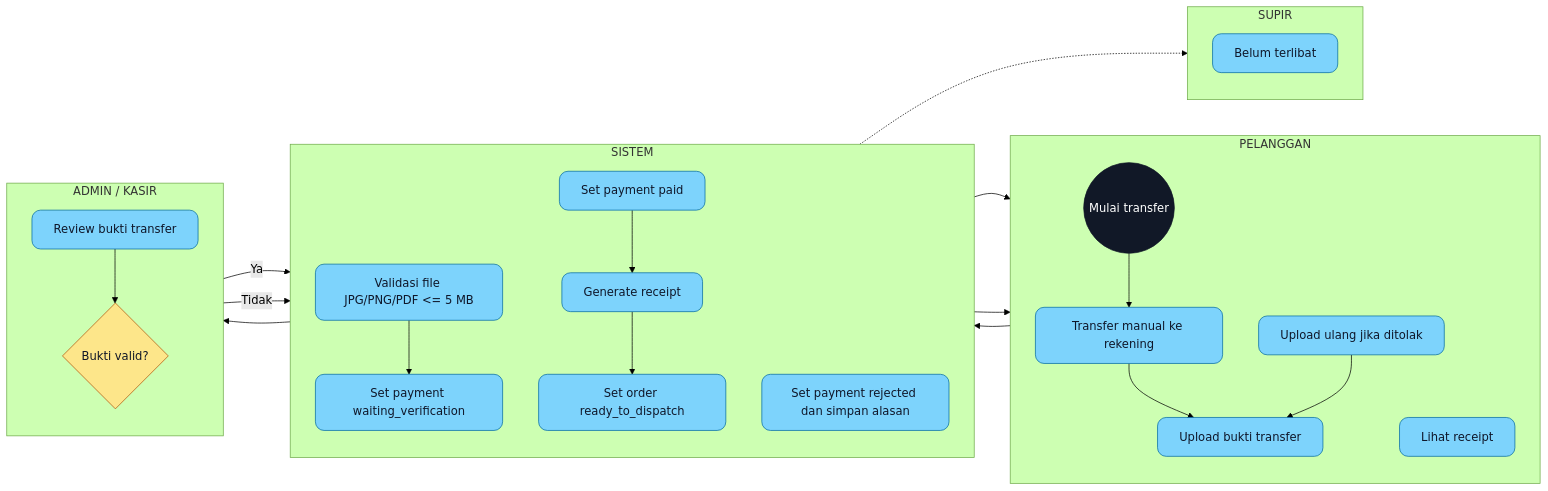
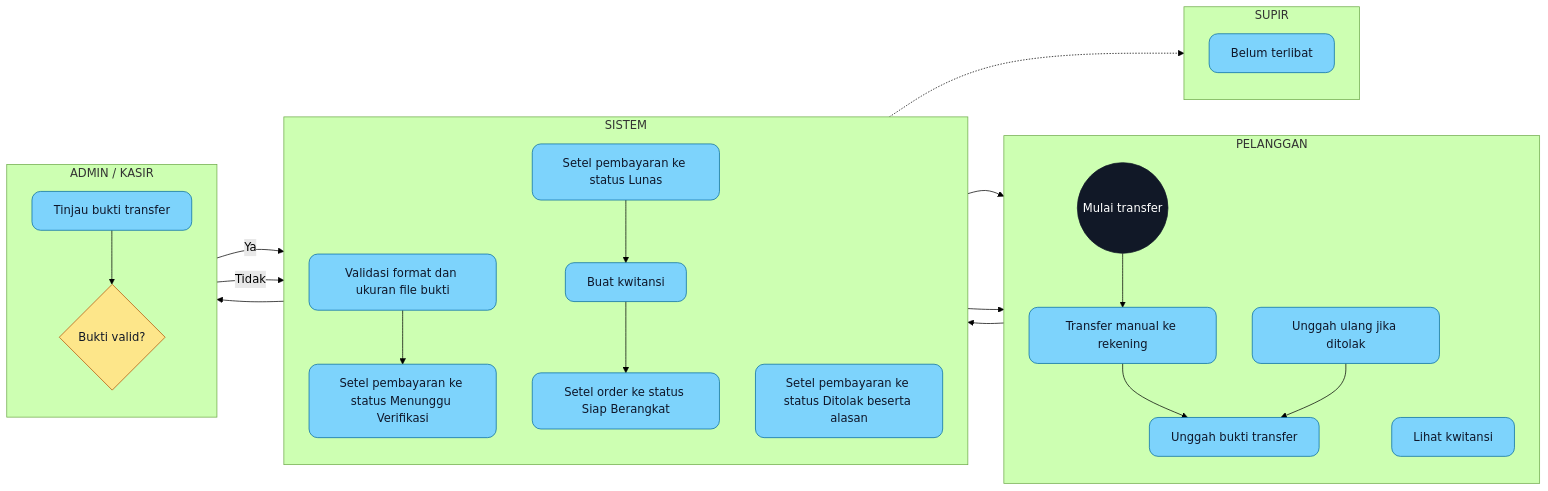
Diagram 13 of 15 in docs/UML_MERMAID.md (nabiilnuryassar/rent-car), drawn with Mermaid (forest theme) before and after one commit. The commit also changed other lines of this file, not shown here.

Commit message:
update docs uml

````diff
--- a/docs/UML_MERMAID.md
+++ b/docs/UML_MERMAID.md
@@ -540,41 +531,41 @@
 ```mermaid
 flowchart LR
     classDef action fill:#7dd3fc,color:#0f172a,stroke:#0369a1,rx:12
     classDef decision fill:#fde68a,color:#111827,stroke:#b45309,rx:8
     classDef startend fill:#111827,color:#ffffff,stroke:#111827,rx:20
 
     subgraph PELANGGAN["PELANGGAN"]
         direction TB
         A0((Mulai transfer)):::startend
         A1[Transfer manual ke rekening]:::action
-        A2[Upload bukti transfer]:::action
-        A3[Upload ulang jika ditolak]:::action
-        A4[Lihat receipt]:::action
+        A2[Unggah bukti transfer]:::action
+        A3[Unggah ulang jika ditolak]:::action
+        A4[Lihat kwitansi]:::action
     end
 
     subgraph SISTEM["SISTEM"]
         direction TB
-        B1[Validasi file JPG/PNG/PDF <= 5 MB]:::action
-        B2[Set payment waiting_verification]:::action
-        B3[Set payment paid]:::action
-        B4[Generate receipt]:::action
-        B5[Set order ready_to_dispatch]:::action
-        B6[Set payment rejected dan simpan alasan]:::action
+        B1[Validasi format dan ukuran file bukti]:::action
+        B2[Setel pembayaran ke status Menunggu Verifikasi]:::action
+        B3[Setel pembayaran ke status Lunas]:::action
+        B4[Buat kwitansi]:::action
+        B5[Setel order ke status Siap Berangkat]:::action
+        B6[Setel pembayaran ke status Ditolak beserta alasan]:::action
     end
 
     subgraph ADMIN_KASIR["ADMIN / KASIR"]
         direction TB
-        C1[Review bukti transfer]:::action
+        C1[Tinjau bukti transfer]:::action
         C2{Bukti valid?}:::decision
     end
 
     subgraph SUPIR["SUPIR"]
         direction TB
         D1[Belum terlibat]:::action
     end
 
     A0 --> A1 --> A2 --> B1 --> B2 --> C1 --> C2
     C2 -->|Ya| B3 --> B4 --> B5 --> A4
     C2 -->|Tidak| B6 --> A3 --> A2
     B5 -.-> D1
 ```
````
